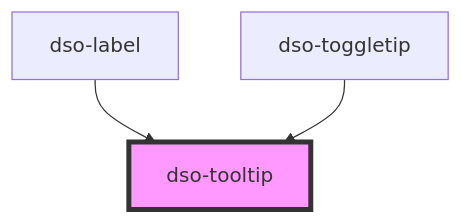
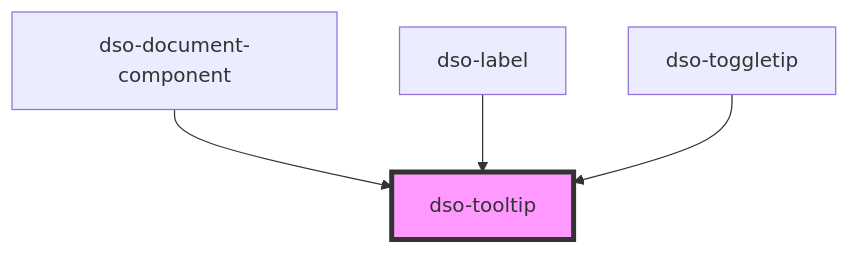
The diagram in packages/core/src/components/tooltip/readme.md (dso-toolkit/dso-toolkit), drawn with Mermaid before and after one commit. The commit also changed other lines of this file and 53 other files, not shown here.

Commit message:
#2133 [Added] Nieuw component "Document Component".

````diff
--- a/packages/core/src/components/tooltip/readme.md
+++ b/packages/core/src/components/tooltip/readme.md
@@ -57,6 +58,7 @@
 ```mermaid
 graph TD;
+  dso-document-component --> dso-tooltip
   dso-label --> dso-tooltip
   dso-toggletip --> dso-tooltip
   style dso-tooltip fill:#f9f,stroke:#333,stroke-width:4px
 ```
````
